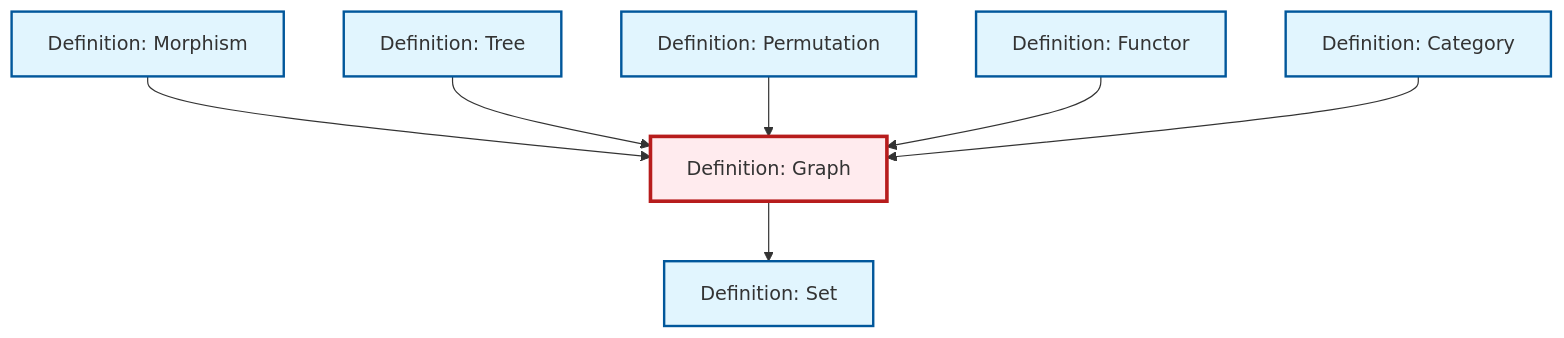
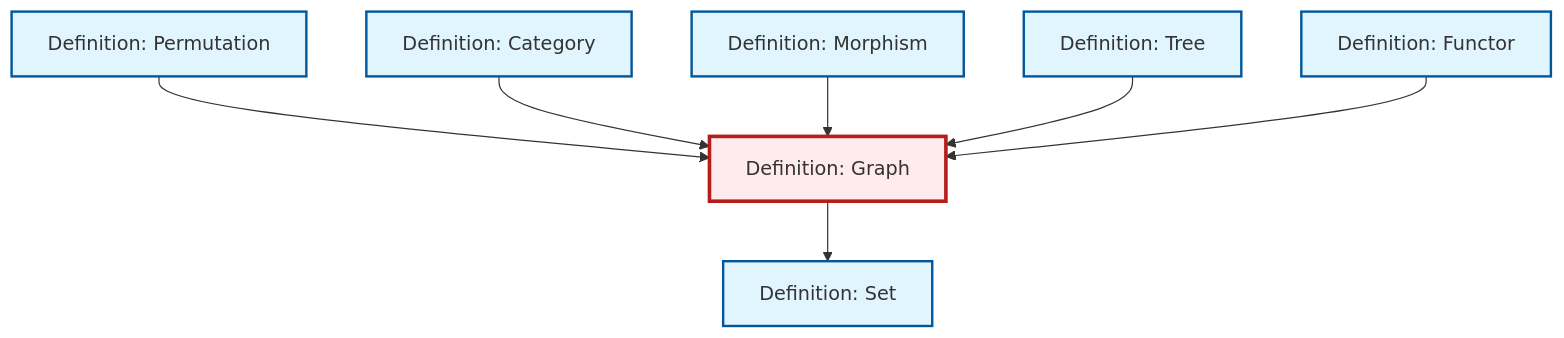
Before and after one commit to RK0429/ModernMath: the diagram in content/ja/combinatorics/def-graph.qmd, drawn with Mermaid. The commit also changed other lines of this file and 634 other files, not shown here.

````diff
--- a/content/ja/combinatorics/def-graph.qmd
+++ b/content/ja/combinatorics/def-graph.qmd
@@ -94,29 +94,29 @@
 ```{mermaid}
 %%| fig-cap: "Local dependency graph"
 graph TD
     classDef definition fill:#e1f5fe,stroke:#01579b,stroke-width:2px
     classDef theorem fill:#f3e5f5,stroke:#4a148c,stroke-width:2px
     classDef axiom fill:#fff3e0,stroke:#e65100,stroke-width:2px
     classDef example fill:#e8f5e9,stroke:#1b5e20,stroke-width:2px
     classDef current fill:#ffebee,stroke:#b71c1c,stroke-width:3px
+    def-permutation["Definition: Permutation"]:::definition
+    def-category["Definition: Category"]:::definition
+    def-tree["Definition: Tree"]:::definition
+    def-morphism["Definition: Morphism"]:::definition
+    def-set["Definition: Set"]:::definition
+    def-graph["Definition: Graph"]:::definition
     def-functor["Definition: Functor"]:::definition
-    def-set["Definition: Set"]:::definition
-    def-permutation["Definition: Permutation"]:::definition
-    def-morphism["Definition: Morphism"]:::definition
-    def-graph["Definition: Graph"]:::definition
-    def-tree["Definition: Tree"]:::definition
-    def-category["Definition: Category"]:::definition
+    def-permutation --> def-graph
+    def-category --> def-graph
     def-morphism --> def-graph
     def-tree --> def-graph
-    def-permutation --> def-graph
     def-functor --> def-graph
     def-graph --> def-set
-    def-category --> def-graph
     class def-graph current
+    click def-permutation "def-permutation.html" "Definition: Permutationへ"
+    click def-category "def-category.html" "Definition: Categoryへ"
+    click def-tree "def-tree.html" "Definition: Treeへ"
+    click def-morphism "def-morphism.html" "Definition: Morphismへ"
+    click def-set "def-set.html" "Definition: Setへ"
     click def-functor "def-functor.html" "Definition: Functorへ"
-    click def-set "def-set.html" "Definition: Setへ"
-    click def-permutation "def-permutation.html" "Definition: Permutationへ"
-    click def-morphism "def-morphism.html" "Definition: Morphismへ"
-    click def-tree "def-tree.html" "Definition: Treeへ"
-    click def-category "def-category.html" "Definition: Categoryへ"
 ```
````
